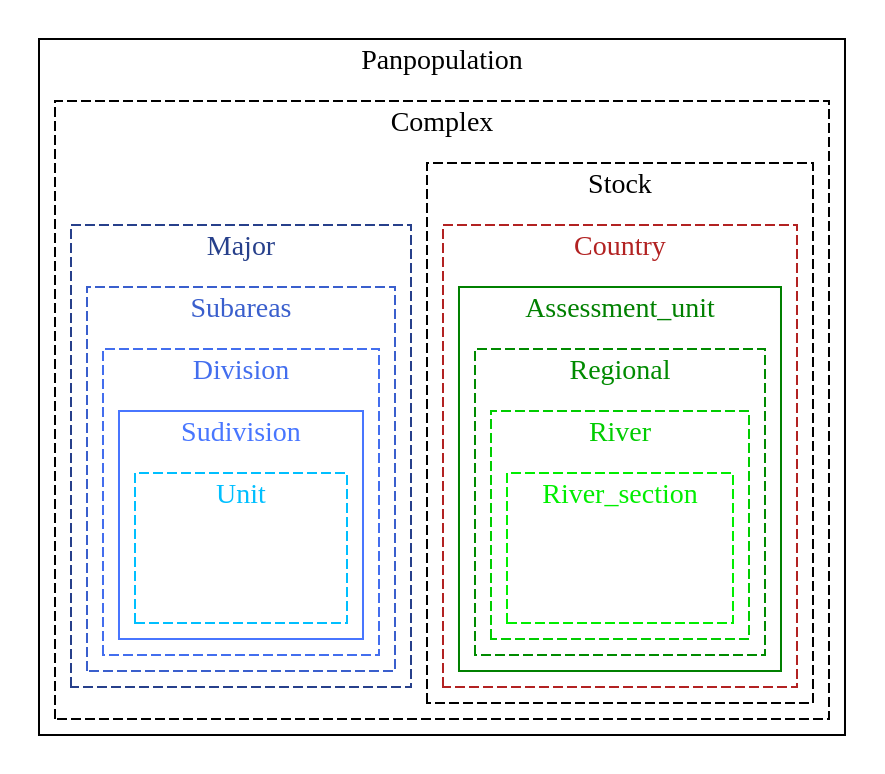
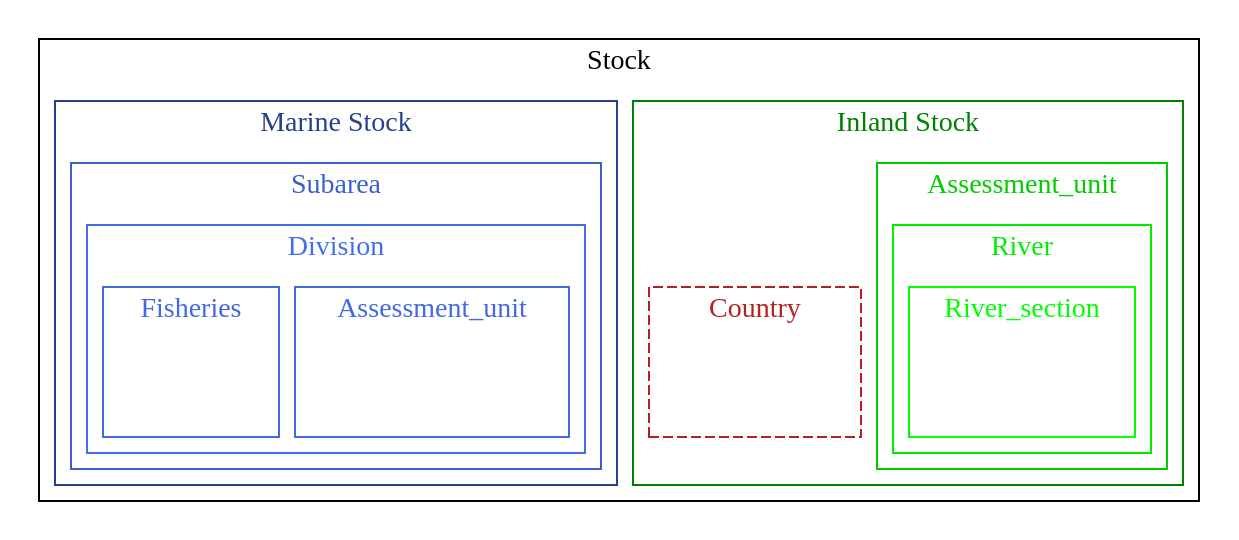
Before and after one commit to DIASPARAproject/WP3_habitat: the second of 2 diagrams in R/habitatdb.qmd, drawn with Graphviz. The commit also changed other lines of this file, not shown here.

Commit message:
doc: changing hierarchical structure's graphs #20 #21 #22

````diff
--- a/R/habitatdb.qmd
+++ b/R/habitatdb.qmd
@@ -710,107 +1349,110 @@
 ```{dot}
-//| label: fig-area_hierarchy
-//| fig-cap: The nested structure layed out in table tr_area_area, dotted box indicate that the level is optional. This table will be created specifically for each group.
+//| label: fig-area_hierarchy_nas
+//| fig-cap: The nested structure layed out in table tr_area_area, dotted box indicate that the level is optional. This table represents the structure for refnas.
 
 
 digraph {
     compound=true;
     newrank=true;
 
-    subgraph clusterA {
-      label = Panpopulation
+    subgraph clusterZ {
+      label = Stock
       style=full
       color=black
       center=true
 
-      subgraph clusterB {
-        label = Complex
-        style=dashed
-        color=black
+      subgraph clusterA {
+        label = "Inland Stock"
+        style=full
+        color=green
+        fontcolor=green
         center=true
 
-              subgraph clusterC {
-              label = Stock
-              style=dashed
-              color=black
-              center=true
-    
-                subgraph clusterD {
-                  label = Country
-                  style=dashed
-                  color=firebrick
-                  fontcolor=firebrick
-                  center=true
+        subgraph clusterB {
+        label = Assessment_unit
+        style=full
+        color=green3
+        fontcolor=green3
+        center=true
 
-                  subgraph clusterE {
-                    label = Assessment_unit
-                    style=full
-                    color=green 
-                    fontcolor=green
-                    
-                      subgraph clusterF {
-                        label = Regional;
-                        style=dashed
-                        color=green4
-                        fontcolor=green4
-                        
-                          subgraph clusterG {
-                            label = River
-                            style=dashed
-                            color=green3
-                            fontcolor=green3
-                            
-                                subgraph clusterH {
-                                        label = River_section
-                                        style=dashed
-                                        color=green2
-                                        fontcolor=green2
-                                            section [
-                                                label=data,
-                                                shape=box, 
-                                                style =invis
-                                                ]
-                                }
-                          }
-                      }
-                  }
-                }
-              }
-        subgraph clusterZ{
-          label=Major
-          style=dashed
-          color=royalblue4
-          fontcolor=royalblue4
-          
-                subgraph clusterY{
-                    label=Subareas
-                    style=dashed
-                    color=royalblue3
-                    fontcolor=royalblue3
-                    
-                        subgraph clusterX{
-                            label=Division
-                            style=dashed
-                            color=royalblue2
-                            fontcolor=royalblue2
-                            
-                                subgraph clusterW{
-                                    label=Sudivision
-                                    style=full
-                                    color=royalblue1
-                                    fontcolor=royalblue1
-                                    
-                                       subgraph clusterV{
-                                           label=Unit
-                                            style=dashed
-                                            color=deepskyblue
-                                            fontcolor=deepskyblue
-                                            
-                                                Fishing [
-                                                    style=invis]
-                                       }
-                                }
-                        }
-                }            
-        }          
-      }}}
+          subgraph clusterC {
+          label = River
+          style=full
+          color=green2
+          fontcolor=green2
+          center=true
+                
+            subgraph clusterD {
+            label = River_section
+            style=full
+            color=green1
+            fontcolor=green1
+              section [
+              label=data,
+              shape=box, 
+              style =invis
+              ]  
+            }
+          }
+        }
+ 
+        subgraph clusterE{
+        label=Country
+        style=dashed
+        color=firebrick
+        fontcolor=firebrick
+          Fishing [
+          style=invis
+          ]
+        }
+      }
+
+      subgraph clusterF {
+      label = "Marine Stock"
+      style=full
+      color=royalblue4
+      fontcolor=royalblue4
+      center=true
+
+        subgraph clusterG {
+        label = Subarea
+        style=full
+        color=royalblue3
+        fontcolor=royalblue3
+        center=true
+
+          subgraph clusterH {
+          label = Division
+          style=full
+          color=royalblue2
+          fontcolor=royalblue2
+          center=true
+                
+            subgraph clusterI {
+            label = Assessment_unit
+            style=full
+            color=royalblue
+            fontcolor=royalblue
+              here [
+              label=data,
+              shape=box, 
+              style =invis
+              ]  
+            }
+
+            subgraph clusterJ{
+            label=Fisheries
+            style=full
+            color=royalblue
+            fontcolor=royalblue
+            other [
+            style=invis
+            ]
+            }
+          }
+        }   
+      }
+    }
+}
+         
 ```
````
